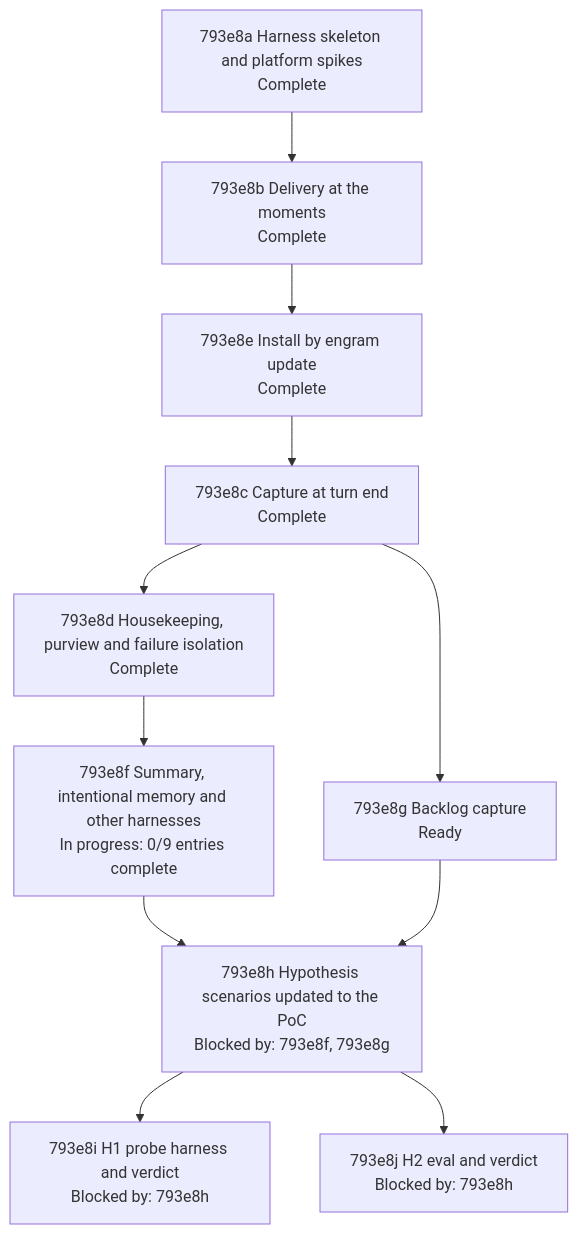
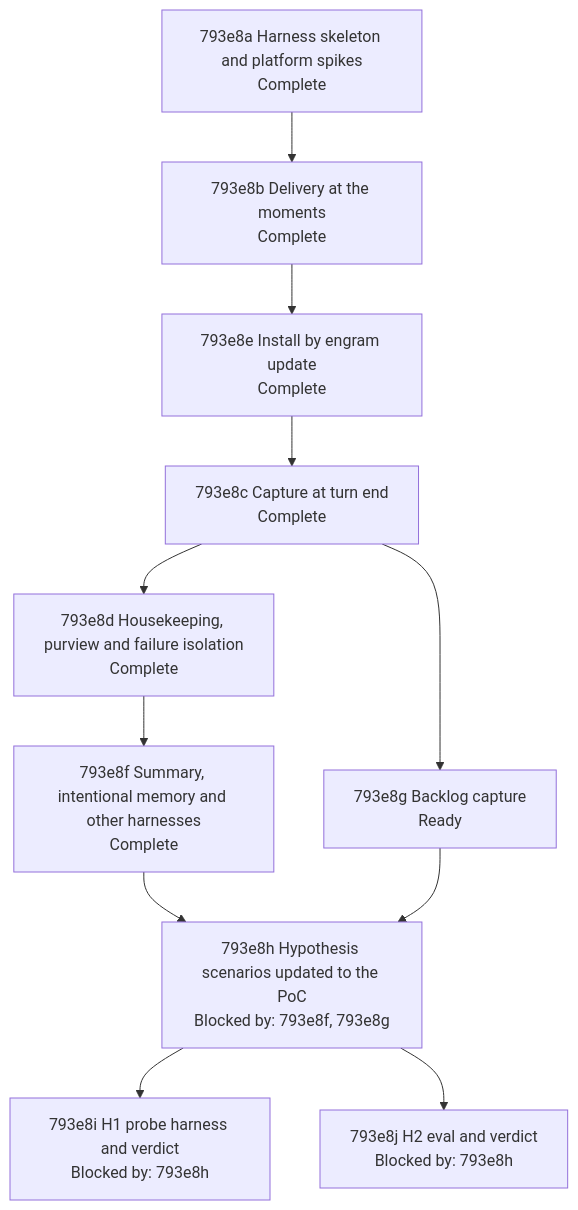
Before and after one commit to toejough/engram: the diagram in docs/changes/793_parallel-memory-agent/793e_implementation-plan.md, drawn with Mermaid. The commit also changed other lines of this file and 1 other file, not shown here.

First line of the commit message:
docs(793e8f): summary, intentional memory and other-harness scenarios Green-all, node complete

````diff
--- a/docs/changes/793_parallel-memory-agent/793e_implementation-plan.md
+++ b/docs/changes/793_parallel-memory-agent/793e_implementation-plan.md
@@ -214,21 +214,21 @@
 ```mermaid
 flowchart TD
   n793e8a["793e8a Harness skeleton and platform spikes<br/>Complete"]
   n793e8b["793e8b Delivery at the moments<br/>Complete"]
   n793e8e["793e8e Install by engram update<br/>Complete"]
   n793e8c["793e8c Capture at turn end<br/>Complete"]
   n793e8d["793e8d Housekeeping, purview and failure isolation<br/>Complete"]
   n793e8g["793e8g Backlog capture<br/>Ready"]
-  n793e8f["793e8f Summary, intentional memory and other harnesses<br/>In progress: 0/9 entries complete"]
+  n793e8f["793e8f Summary, intentional memory and other harnesses<br/>Complete"]
   n793e8h["793e8h Hypothesis scenarios updated to the PoC<br/>Blocked by: 793e8f, 793e8g"]
   n793e8i["793e8i H1 probe harness and verdict<br/>Blocked by: 793e8h"]
   n793e8j["793e8j H2 eval and verdict<br/>Blocked by: 793e8h"]
   n793e8a --> n793e8b --> n793e8e --> n793e8c
   n793e8c --> n793e8d
   n793e8c --> n793e8g
   n793e8d --> n793e8f
   n793e8f --> n793e8h
   n793e8g --> n793e8h
   n793e8h --> n793e8i
   n793e8h --> n793e8j
 ```
````
